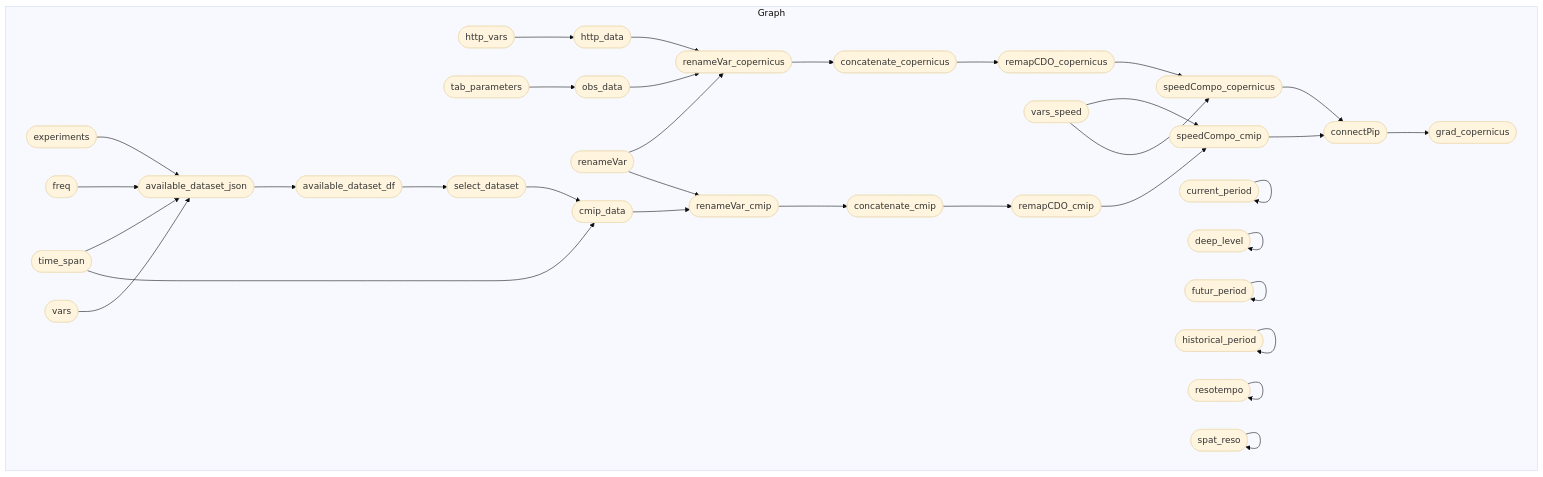
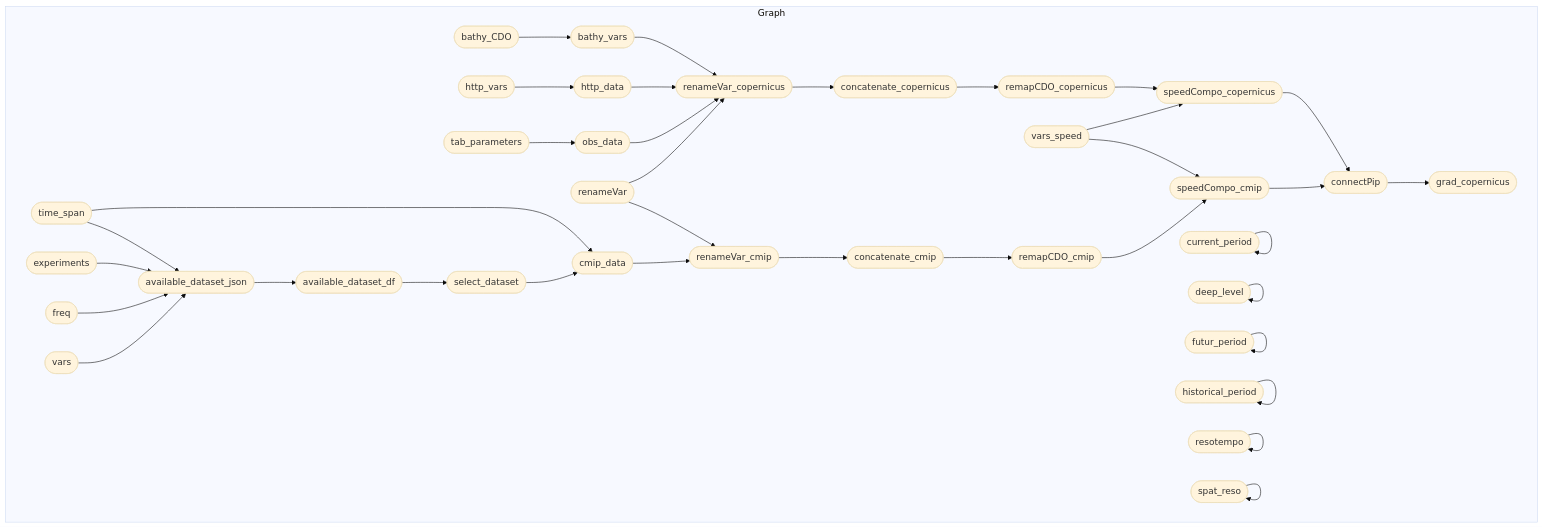
Before and after one commit to r-fernandezz/downshape: the diagram in README.md, drawn with Mermaid (base theme). The commit also changed other lines of this file and 4 other files, not shown here.

Commit message:
✨ NEW FEATURE: download BATHY vars with CDO

````diff
--- a/README.md
+++ b/README.md
@@ -22,38 +22,40 @@
 ``` mermaid
 graph LR
   subgraph Graph
     direction LR
+    xe44467b2b079fc18(["renameVar_copernicus"]):::outdated --> x9289bfb53112cf3b(["concatenate_copernicus"]):::outdated
+    x0262297569c18022(["renameVar_cmip"]):::outdated --> x4fe875b2492d0106(["concatenate_cmip"]):::outdated
+    xec6283d15a25ed08(["remapCDO_copernicus"]):::started --> xfc6ed28680e5db72(["speedCompo_copernicus"]):::outdated
+    xca459201a27e8460(["vars_speed"]):::uptodate --> xfc6ed28680e5db72(["speedCompo_copernicus"]):::outdated
+    xcdaf411f7aa1a87d(["connectPip"]):::outdated --> x37179b61a203cbd3(["grad_copernicus"]):::outdated
+    xf5c6fd225c377a3d(["bathy_CDO"]):::uptodate --> xb5817e1daca13dcc(["bathy_vars"]):::outdated
     x71e926299248ce3f(["http_vars"]):::uptodate --> x35b468daf9281b76(["http_data"]):::uptodate
-    xf4b49e2ba07661b1(["remapCDO_cmip"]):::outdated --> xe5de19f3be59da20(["speedCompo_cmip"]):::outdated
-    xca459201a27e8460(["vars_speed"]):::uptodate --> xe5de19f3be59da20(["speedCompo_cmip"]):::outdated
+    xb5817e1daca13dcc(["bathy_vars"]):::outdated --> xe44467b2b079fc18(["renameVar_copernicus"]):::outdated
     x35b468daf9281b76(["http_data"]):::uptodate --> xe44467b2b079fc18(["renameVar_copernicus"]):::outdated
     xd7bca5ba4e5f539d(["obs_data"]):::outdated --> xe44467b2b079fc18(["renameVar_copernicus"]):::outdated
     xd15c82dcb79a7c2e(["renameVar"]):::uptodate --> xe44467b2b079fc18(["renameVar_copernicus"]):::outdated
-    x6fcf9b0e7fc429ff(["available_dataset_json"]):::outdated --> xe895740a9b7896f7(["available_dataset_df"]):::outdated
+    xf4b49e2ba07661b1(["remapCDO_cmip"]):::outdated --> xe5de19f3be59da20(["speedCompo_cmip"]):::outdated
+    xca459201a27e8460(["vars_speed"]):::uptodate --> xe5de19f3be59da20(["speedCompo_cmip"]):::outdated
+    x4301c707c2ab0cdc(["tab_parameters"]):::uptodate --> xd7bca5ba4e5f539d(["obs_data"]):::outdated
+    x3f5ab24ee8d242b4(["select_dataset"]):::outdated --> xd8e5f2013a341013(["cmip_data"]):::outdated
+    x2c0118dd07b06ac8(["time_span"]):::uptodate --> xd8e5f2013a341013(["cmip_data"]):::outdated
     xe5de19f3be59da20(["speedCompo_cmip"]):::outdated --> xcdaf411f7aa1a87d(["connectPip"]):::outdated
     xfc6ed28680e5db72(["speedCompo_copernicus"]):::outdated --> xcdaf411f7aa1a87d(["connectPip"]):::outdated
     xd8e5f2013a341013(["cmip_data"]):::outdated --> x0262297569c18022(["renameVar_cmip"]):::outdated
     xd15c82dcb79a7c2e(["renameVar"]):::uptodate --> x0262297569c18022(["renameVar_cmip"]):::outdated
-    x4301c707c2ab0cdc(["tab_parameters"]):::uptodate --> xd7bca5ba4e5f539d(["obs_data"]):::outdated
-    xe44467b2b079fc18(["renameVar_copernicus"]):::outdated --> x9289bfb53112cf3b(["concatenate_copernicus"]):::outdated
-    x0262297569c18022(["renameVar_cmip"]):::outdated --> x4fe875b2492d0106(["concatenate_cmip"]):::outdated
+    x9289bfb53112cf3b(["concatenate_copernicus"]):::outdated --> xec6283d15a25ed08(["remapCDO_copernicus"]):::started
+    x6fcf9b0e7fc429ff(["available_dataset_json"]):::outdated --> xe895740a9b7896f7(["available_dataset_df"]):::outdated
     xe895740a9b7896f7(["available_dataset_df"]):::outdated --> x3f5ab24ee8d242b4(["select_dataset"]):::outdated
+    x4fe875b2492d0106(["concatenate_cmip"]):::outdated --> xf4b49e2ba07661b1(["remapCDO_cmip"]):::outdated
     xac02e5e58926353b(["experiments"]):::uptodate --> x6fcf9b0e7fc429ff(["available_dataset_json"]):::outdated
     x906e78a8df9f52cb(["freq"]):::uptodate --> x6fcf9b0e7fc429ff(["available_dataset_json"]):::outdated
     x2c0118dd07b06ac8(["time_span"]):::uptodate --> x6fcf9b0e7fc429ff(["available_dataset_json"]):::outdated
     x8f15ec77b8dbd81a(["vars"]):::uptodate --> x6fcf9b0e7fc429ff(["available_dataset_json"]):::outdated
-    xcdaf411f7aa1a87d(["connectPip"]):::outdated --> x37179b61a203cbd3(["grad_copernicus"]):::outdated
-    x3f5ab24ee8d242b4(["select_dataset"]):::outdated --> xd8e5f2013a341013(["cmip_data"]):::outdated
-    x2c0118dd07b06ac8(["time_span"]):::uptodate --> xd8e5f2013a341013(["cmip_data"]):::outdated
-    xec6283d15a25ed08(["remapCDO_copernicus"]):::outdated --> xfc6ed28680e5db72(["speedCompo_copernicus"]):::outdated
-    xca459201a27e8460(["vars_speed"]):::uptodate --> xfc6ed28680e5db72(["speedCompo_copernicus"]):::outdated
-    x9289bfb53112cf3b(["concatenate_copernicus"]):::outdated --> xec6283d15a25ed08(["remapCDO_copernicus"]):::outdated
-    x4fe875b2492d0106(["concatenate_cmip"]):::outdated --> xf4b49e2ba07661b1(["remapCDO_cmip"]):::outdated
     x084994fb0e480676(["current_period"]):::uptodate --> x084994fb0e480676(["current_period"]):::uptodate
     x625f066a5f205ec8(["deep_level"]):::uptodate --> x625f066a5f205ec8(["deep_level"]):::uptodate
     xbce5cad1cf7e7103(["futur_period"]):::uptodate --> xbce5cad1cf7e7103(["futur_period"]):::uptodate
     x57dd1d5e854c11b6(["historical_period"]):::uptodate --> x57dd1d5e854c11b6(["historical_period"]):::uptodate
     x55a14a7f5821bbec(["resotempo"]):::uptodate --> x55a14a7f5821bbec(["resotempo"]):::uptodate
     xe73cbbcc20086ecd(["spat_reso"]):::uptodate --> xe73cbbcc20086ecd(["spat_reso"]):::uptodate
   end
 ```
````
